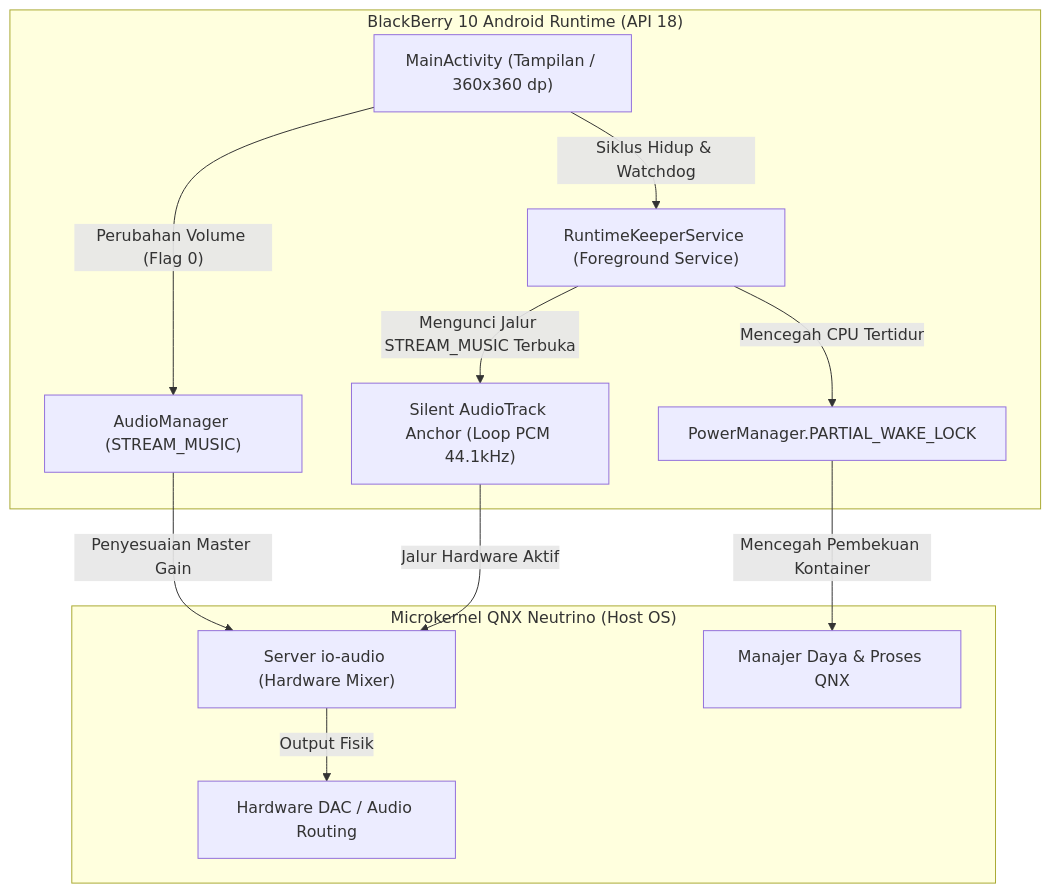
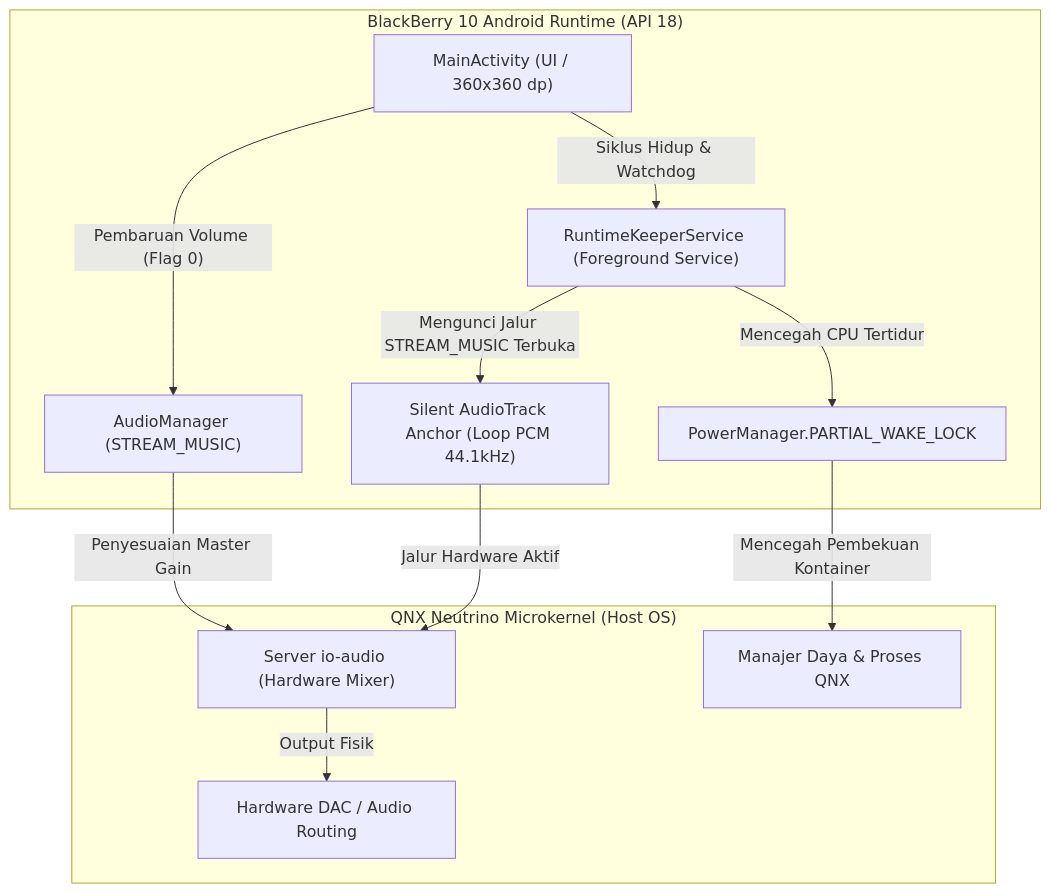
The diagram in README.id.md (irfanGaming720/ClickyBB), drawn with Mermaid before and after one commit. The commit also changed other lines of this file and 1 other file, not shown here.

````diff
--- a/README.id.md
+++ b/README.id.md
@@ -69,25 +69,25 @@
 ```mermaid
 flowchart TD
     subgraph BB10_Android_Container["BlackBerry 10 Android Runtime (API 18)"]
-        UI["MainActivity (Tampilan / 360x360 dp)"]
+        UI["MainActivity (UI / 360x360 dp)"]
         AM["AudioManager (STREAM_MUSIC)"]
         RKS["RuntimeKeeperService (Foreground Service)"]
         WL["PowerManager.PARTIAL_WAKE_LOCK"]
         STA["Silent AudioTrack Anchor (Loop PCM 44.1kHz)"]
     end
 
-    subgraph QNX_Neutrino["Microkernel QNX Neutrino (Host OS)"]
+    subgraph QNX_Neutrino["QNX Neutrino Microkernel (Host OS)"]
         AUDIO_BRIDGE["Server io-audio (Hardware Mixer)"]
         PM["Manajer Daya & Proses QNX"]
         DAC["Hardware DAC / Audio Routing"]
     end
 
-    UI -->|"Perubahan Volume (Flag 0)"| AM
+    UI -->|"Pembaruan Volume (Flag 0)"| AM
     UI -->|"Siklus Hidup & Watchdog"| RKS
     RKS -->|"Mencegah CPU Tertidur"| WL
     RKS -->|"Mengunci Jalur STREAM_MUSIC Terbuka"| STA
     STA -->|"Jalur Hardware Aktif"| AUDIO_BRIDGE
     AM -->|"Penyesuaian Master Gain"| AUDIO_BRIDGE
     AUDIO_BRIDGE -->|"Output Fisik"| DAC
     WL -->|"Mencegah Pembekuan Kontainer"| PM
 ```
````
